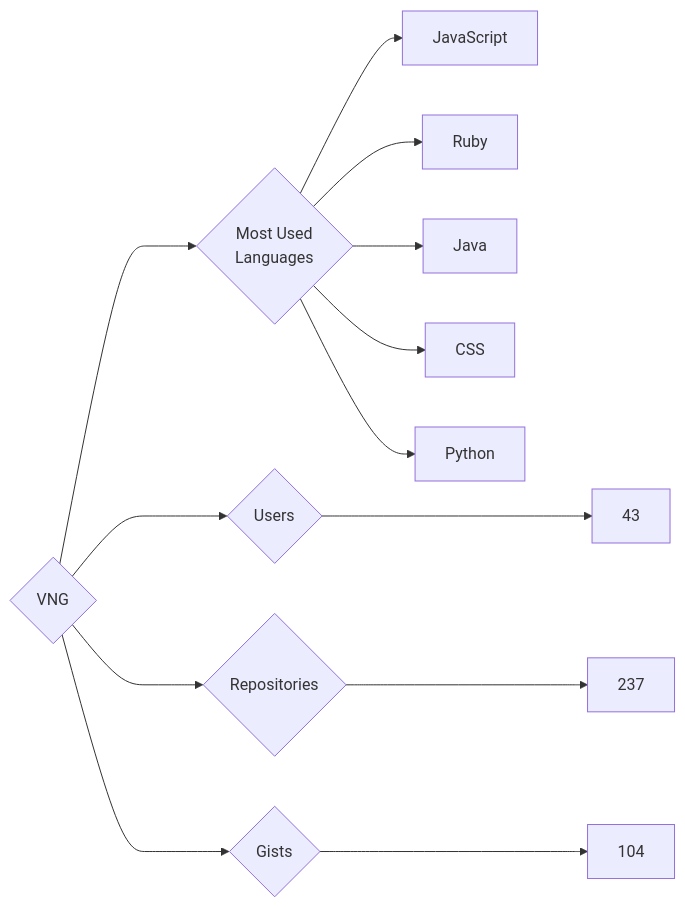
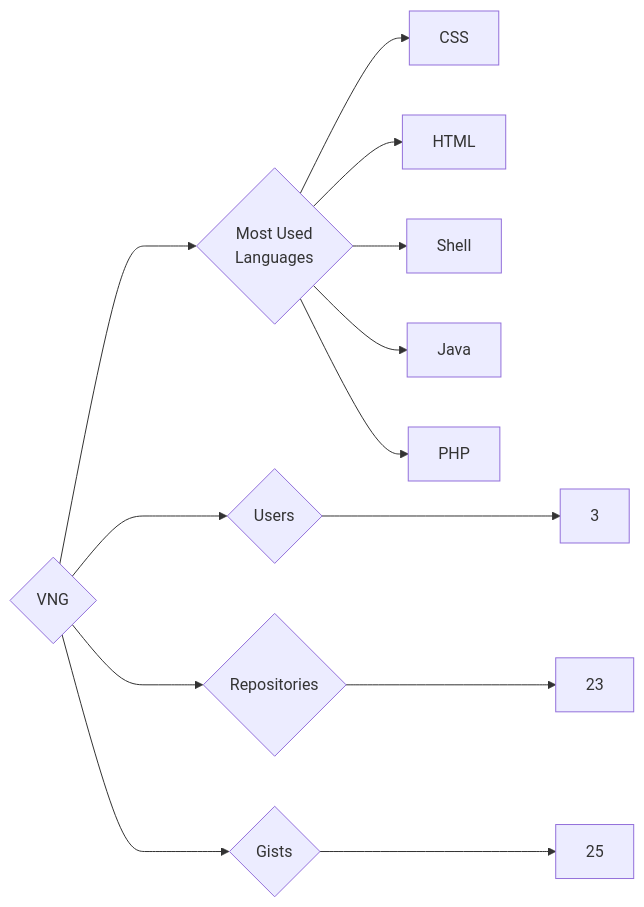
One commit to trickest/insiders changed the diagram in targets/VNG/README.md. Above: the diagram before and after it, drawn with Mermaid. The commit also changed 912 other files, not shown here.

````diff
--- a/targets/VNG/README.md
+++ b/targets/VNG/README.md
@@ -3,13 +3,13 @@
 ```mermaid
 graph LR
 COMPANY_NAME{VNG}
-COMPANY_NAME ---> U{Users} ---> UN[43]
-COMPANY_NAME ---> R{Repositories} ---> RN[237]
-COMPANY_NAME ---> G{Gists} ---> GN[104]
+COMPANY_NAME ---> U{Users} ---> UN[3]
+COMPANY_NAME ---> R{Repositories} ---> RN[23]
+COMPANY_NAME ---> G{Gists} ---> GN[25]
 COMPANY_NAME ---> ML{Most Used<br>Languages}
-ML --> JavaScript[JavaScript]
-ML --> Ruby[Ruby]
+ML --> CSS[CSS]
+ML --> HTML[HTML]
+ML --> Shell[Shell]
 ML --> Java[Java]
-ML --> CSS[CSS]
-ML --> Python[Python]
+ML --> PHP[PHP]
 ```
````
